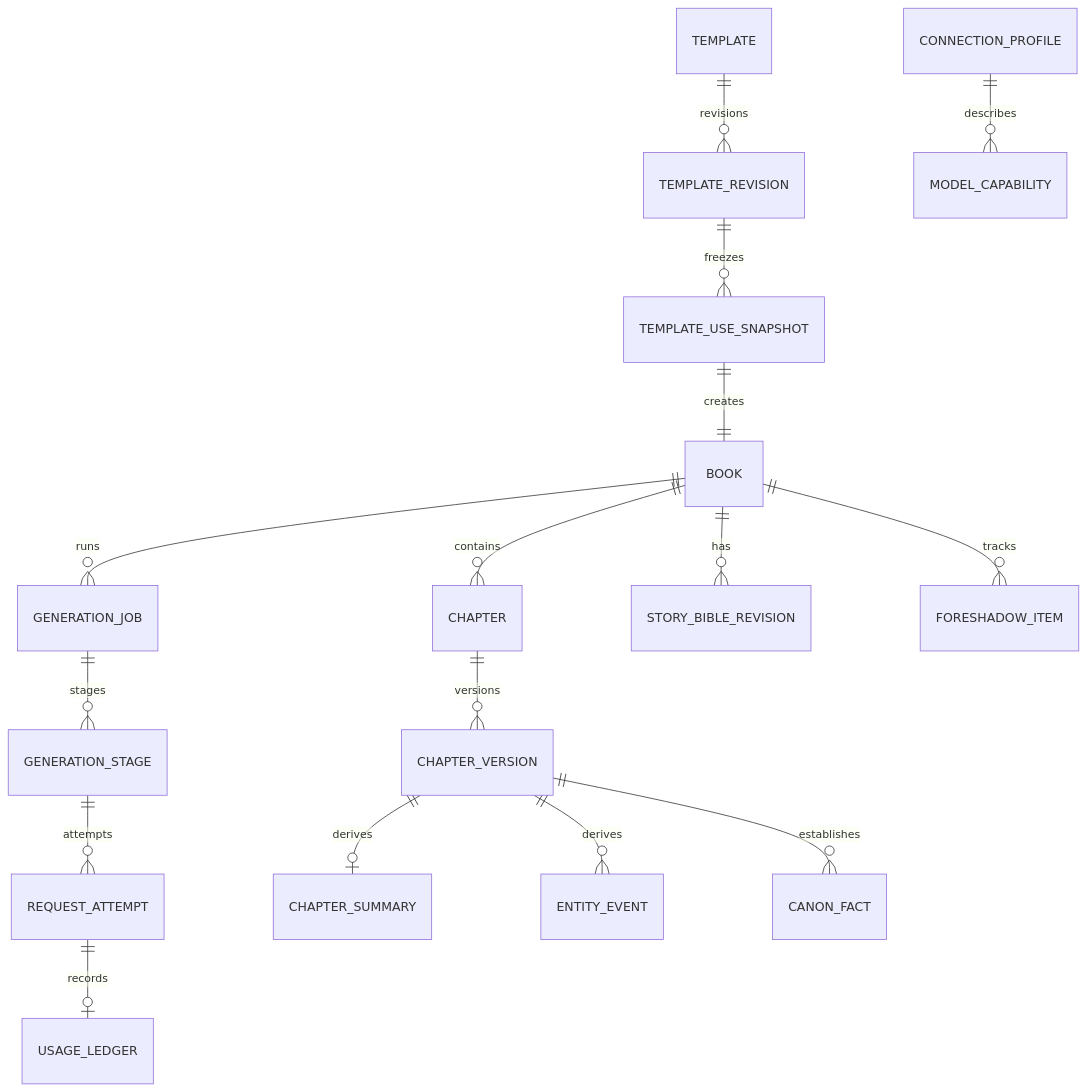
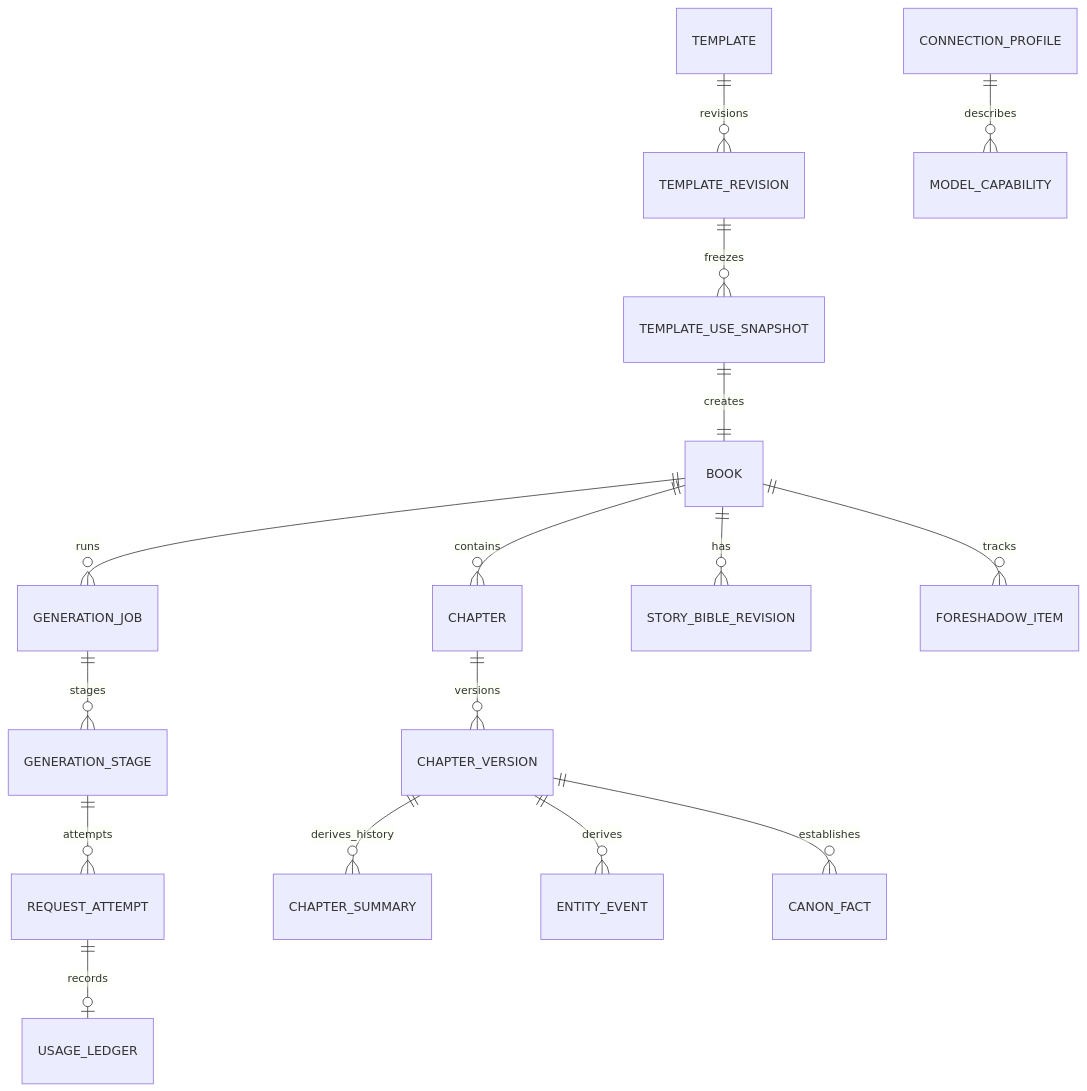
Before and after one commit to kayakdu06-cyber/ai-novel-reader-app3: the diagram in docs/09-DATA-MODEL.md, drawn with Mermaid. The commit also changed other lines of this file and 348 other files, not shown here.

````diff
--- a/docs/09-DATA-MODEL.md
+++ b/docs/09-DATA-MODEL.md
@@ -5,18 +5,18 @@
 ```mermaid
 erDiagram
     BOOK ||--o{ CHAPTER : contains
     CHAPTER ||--o{ CHAPTER_VERSION : versions
     BOOK ||--o{ GENERATION_JOB : runs
     GENERATION_JOB ||--o{ GENERATION_STAGE : stages
     GENERATION_STAGE ||--o{ REQUEST_ATTEMPT : attempts
     REQUEST_ATTEMPT ||--o| USAGE_LEDGER : records
     BOOK ||--o{ STORY_BIBLE_REVISION : has
-    CHAPTER_VERSION ||--o| CHAPTER_SUMMARY : derives
+    CHAPTER_VERSION ||--o{ CHAPTER_SUMMARY : derives_history
     CHAPTER_VERSION ||--o{ ENTITY_EVENT : derives
     CHAPTER_VERSION ||--o{ CANON_FACT : establishes
     BOOK ||--o{ FORESHADOW_ITEM : tracks
     TEMPLATE ||--o{ TEMPLATE_REVISION : revisions
     TEMPLATE_REVISION ||--o{ TEMPLATE_USE_SNAPSHOT : freezes
     TEMPLATE_USE_SNAPSHOT ||--|| BOOK : creates
     CONNECTION_PROFILE ||--o{ MODEL_CAPABILITY : describes
 ```
````
